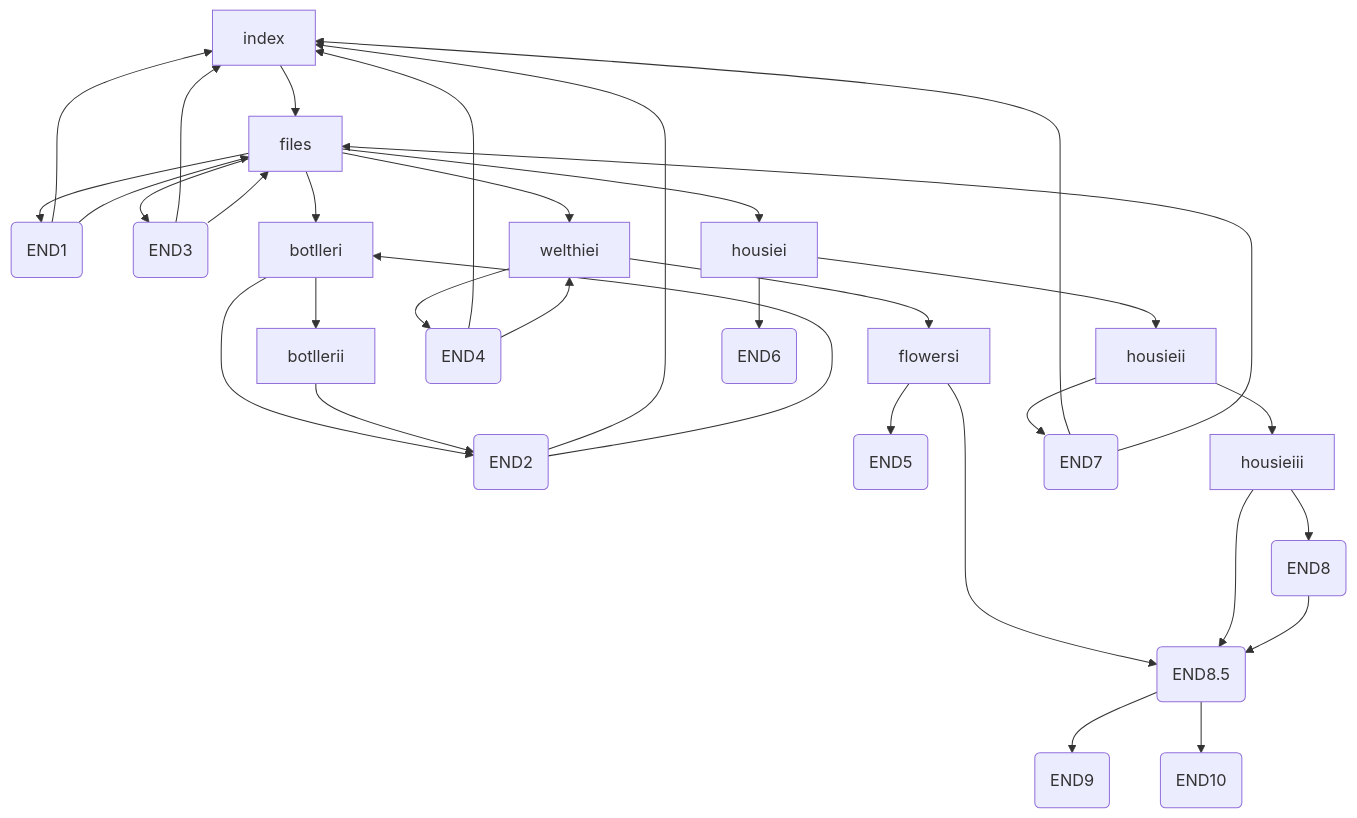
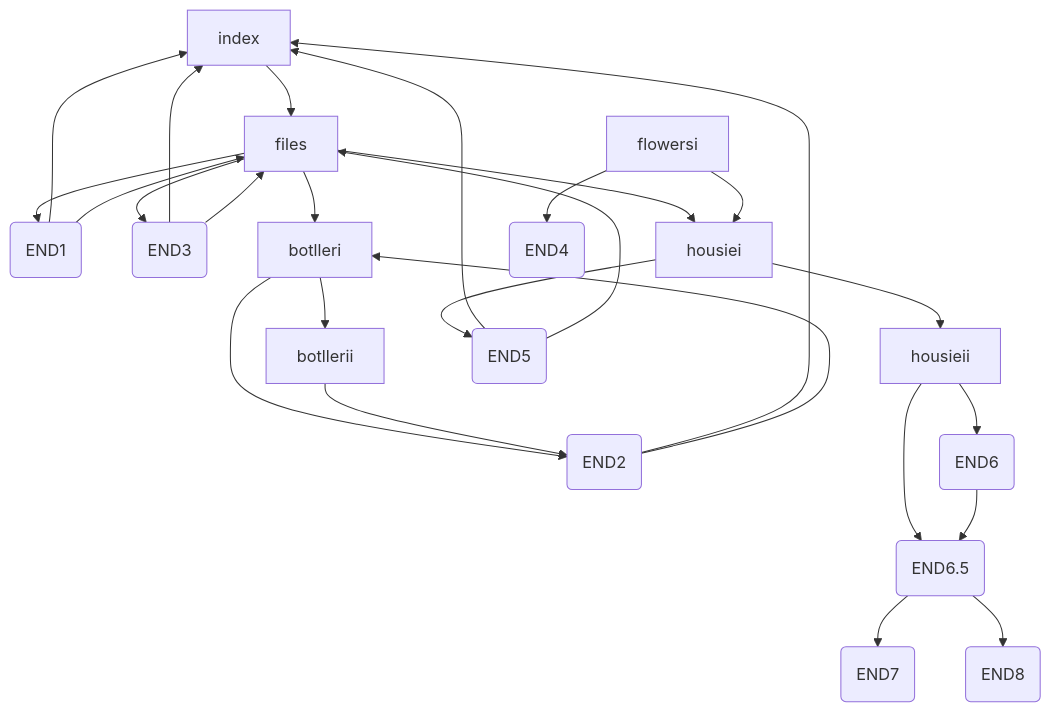
The diagram in README.md (rgbhsl/detective-flowers), drawn with Mermaid before and after one commit. The commit also changed 2 other files, not shown here.

````diff
--- a/README.md
+++ b/README.md
@@ -20,34 +20,29 @@
 ```mermaid
 
 graph TD;
     index --> files
-    files --> shef1(END1) & gardner1(END3) & housiei & botlleri & welthiei
+    files --> shef1(END1) & gardner1(END3) & housiei & botlleri
 
 %%Shef, 1 ending
     shef1(END1) --> index & files
 
 %%Botller, 1 ending 
     botlleri --> botllerii & botller1 
     botllerii --> botller1(END2) --> index & botlleri
 
 %%Gardner, 1 ending
     gardner1(END3) --> index & files
 
-%%Welthie, 1 ending
-    welthiei --> flowersi & welthie1
-    welthie1(END4) --> index & welthiei
-
-%%Flowers, 2 endings
-    flowersi --> flowers1(END5) & index1(END8.5)
-    housiei --> housieii & flowers2(END6)
+%%Flowers, 1 ending
+    flowersi --> flowers1(END4) & housiei
 
 %%Housie, 2 endings
-    housieii --> housieiii & housie1(END7)
-    housieiii --> index1(END8.5) & housie2(END8)
-    housie1(END7) --> index & files
-    housie2(END8) --> index1(END8.5)
+    housiei --> housieii & housie1(END5)
+    housieii --> housie2(END6) & index1(END6.5)
+    housie1(END5) --> index & files
+    housie2(END6) --> index1(END6.5)
 
-%%Index (2 secret endings)
- index1(END8.5) --> truth(END9) & victory(END10)
+%%Index (2.5 endings)
+ index1(END6.5) --> truth(END7) & victory(END8)
  
 ```
````
